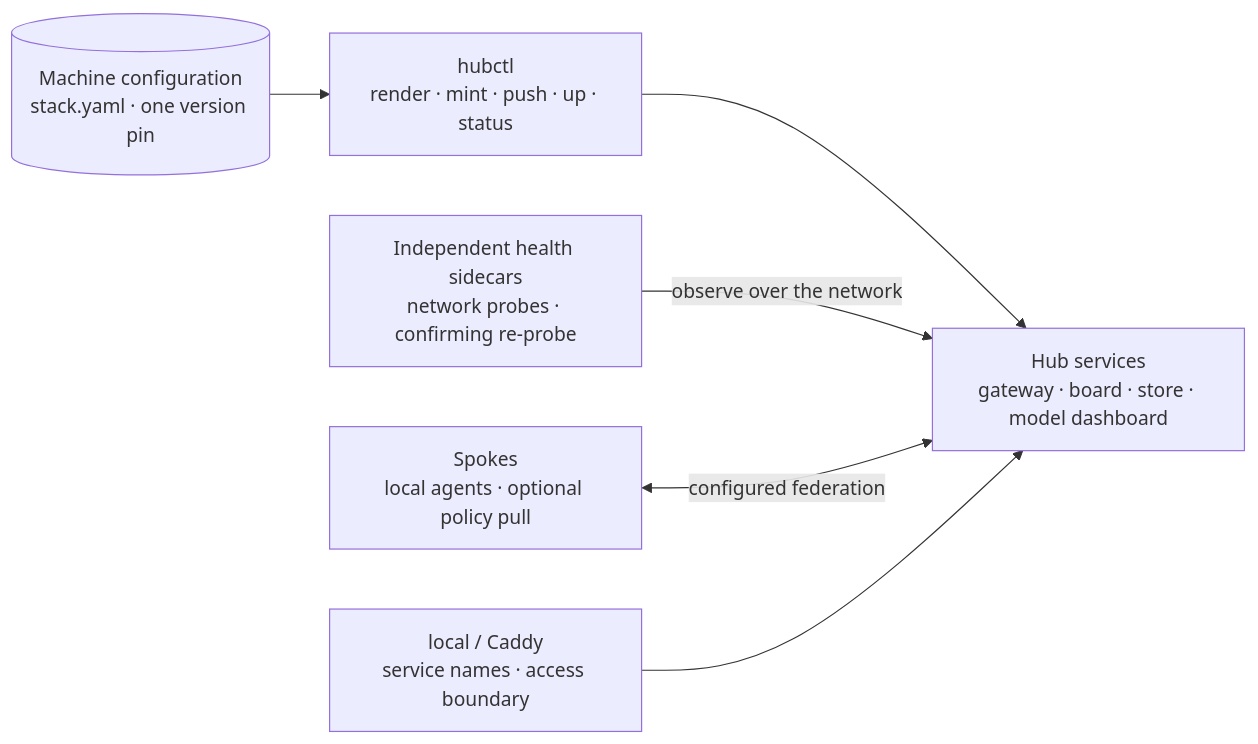
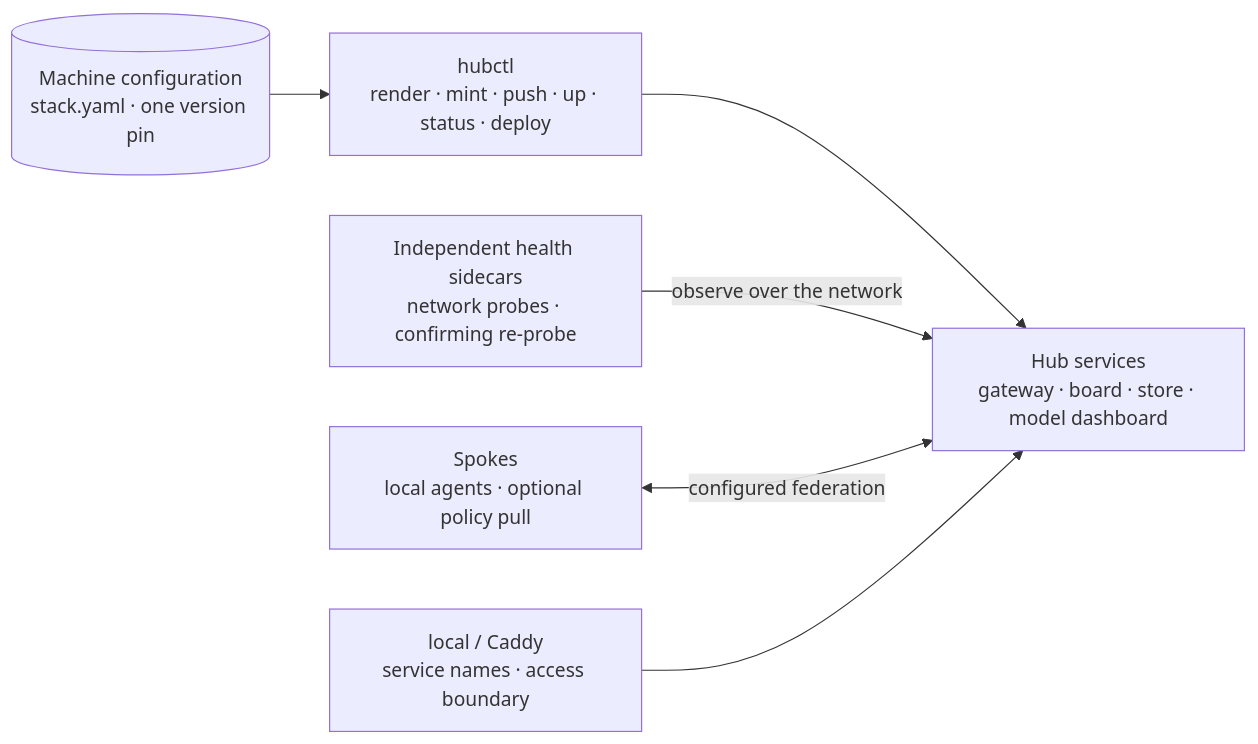
One commit to klh/fleet changed the second of 2 diagrams in README.md. Above: the diagram before and after it, drawn with Mermaid. The commit also changed other lines of this file and 1 other file, not shown here.

````diff
--- a/README.md
+++ b/README.md
@@ -207,14 +193,14 @@
 ```mermaid
 flowchart LR
   CFG[("Machine configuration<br/>stack.yaml · one version pin")]
-  CTL["hubctl<br/>render · mint · push · up · status"]
+  CTL["hubctl<br/>render · mint · push · up · status · deploy"]
   HUB["Hub services<br/>gateway · board · store · model dashboard"]
   PROBE["Independent health sidecars<br/>network probes · confirming re-probe"]
   SPOKE["Spokes<br/>local agents · optional policy pull"]
   FRONT["local / Caddy<br/>service names · access boundary"]
 
   CFG --> CTL --> HUB
   PROBE -->|"observe over the network"| HUB
   SPOKE <-->|"configured federation"| HUB
   FRONT --> HUB
 ```
````
